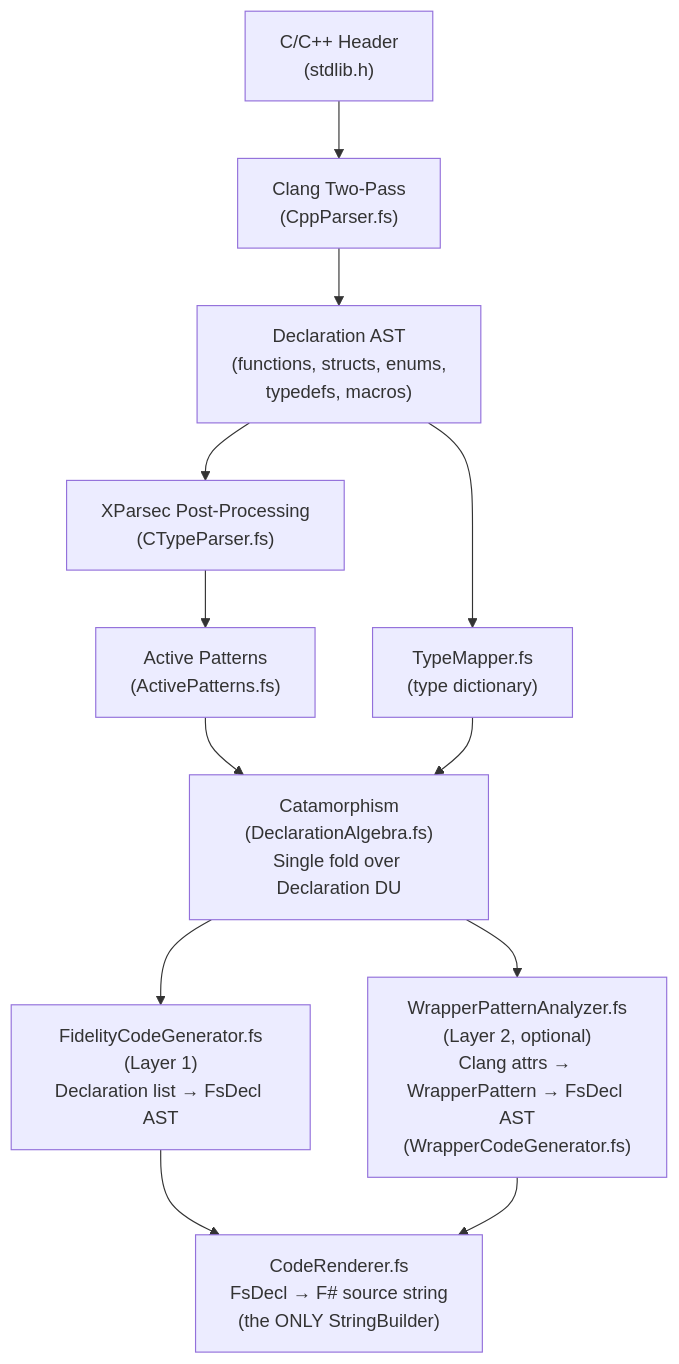
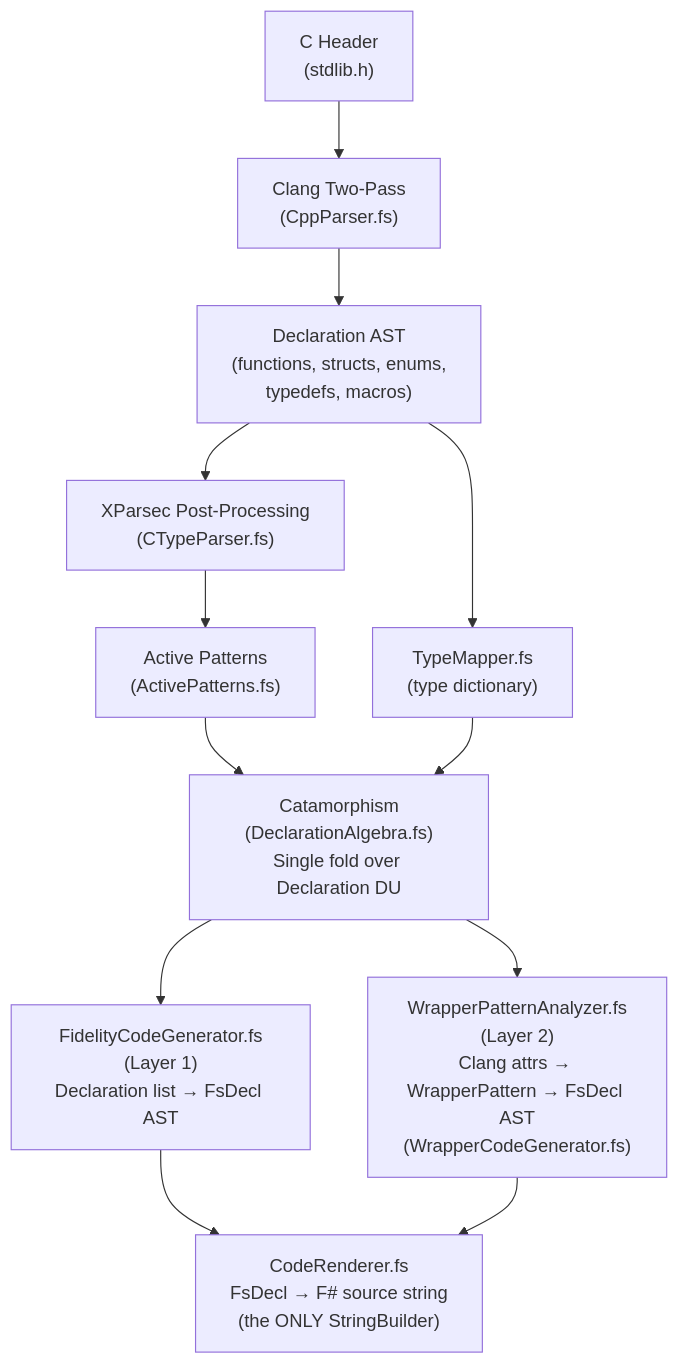
One commit to FidelityFramework/Farscape changed the diagram in docs/01_Architecture_Overview.md. Above: the diagram before and after it, drawn with Mermaid. The commit also changed other lines of this file and 10 other files, not shown here.

Commit message:
corrected docs/roadmap

````diff
--- a/docs/01_Architecture_Overview.md
+++ b/docs/01_Architecture_Overview.md
@@ -40,14 +49,14 @@
 ```mermaid
 flowchart TD
-    A["C/C++ Header<br/>(stdlib.h)"] --> B["Clang Two-Pass<br/>(CppParser.fs)"]
+    A["C Header<br/>(stdlib.h)"] --> B["Clang Two-Pass<br/>(CppParser.fs)"]
     B --> C["Declaration AST<br/>(functions, structs, enums,<br/>typedefs, macros)"]
     C --> D["XParsec Post-Processing<br/>(CTypeParser.fs)"]
     C --> E["TypeMapper.fs<br/>(type dictionary)"]
     D --> F["Active Patterns<br/>(ActivePatterns.fs)"]
     F --> G["Catamorphism<br/>(DeclarationAlgebra.fs)<br/>Single fold over Declaration DU"]
     E --> G
     G --> H["FidelityCodeGenerator.fs<br/>(Layer 1)<br/>Declaration list → FsDecl AST"]
-    G --> I["WrapperPatternAnalyzer.fs<br/>(Layer 2, optional)<br/>Clang attrs → WrapperPattern → FsDecl AST<br/>(WrapperCodeGenerator.fs)"]
+    G --> I["WrapperPatternAnalyzer.fs<br/>(Layer 2)<br/>Clang attrs → WrapperPattern → FsDecl AST<br/>(WrapperCodeGenerator.fs)"]
     H --> J["CodeRenderer.fs<br/>FsDecl → F# source string<br/>(the ONLY StringBuilder)"]
     I --> J
 ```
````
